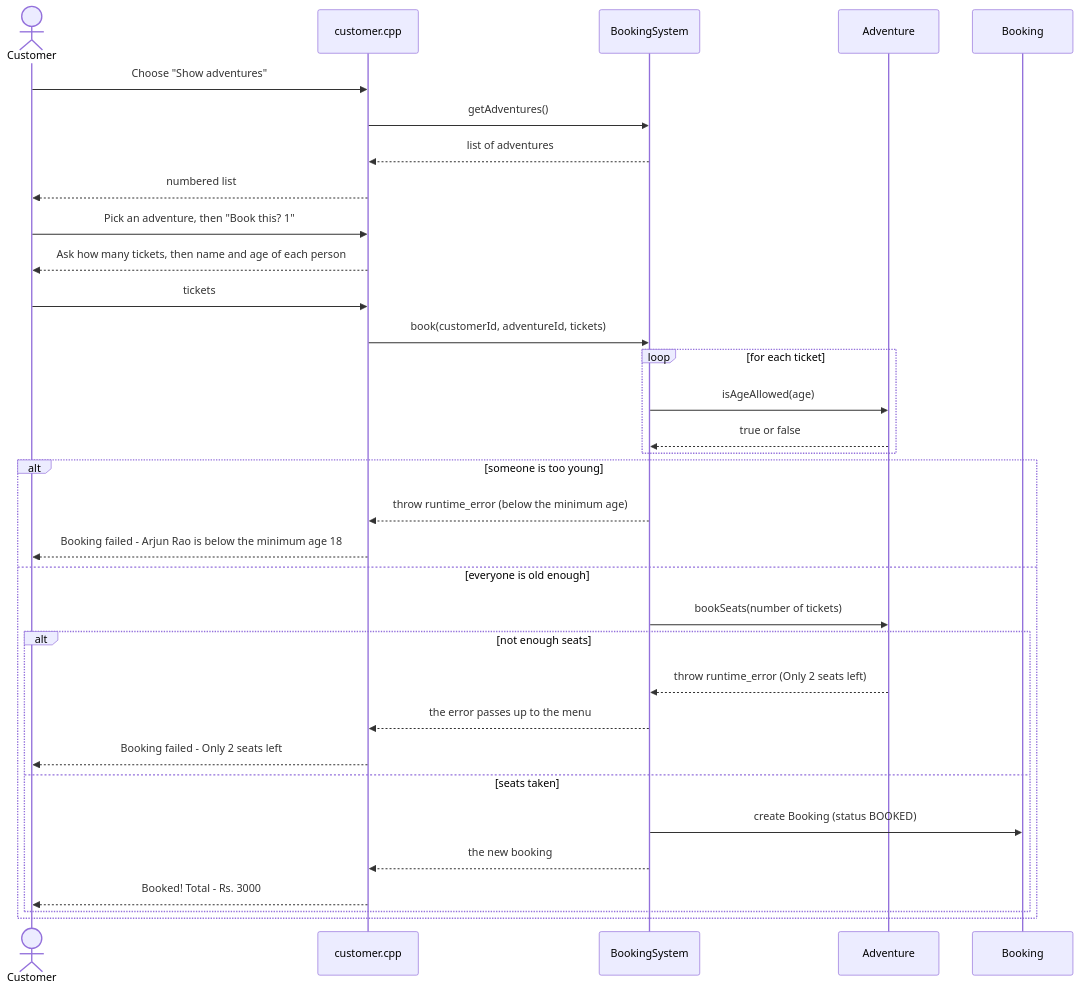
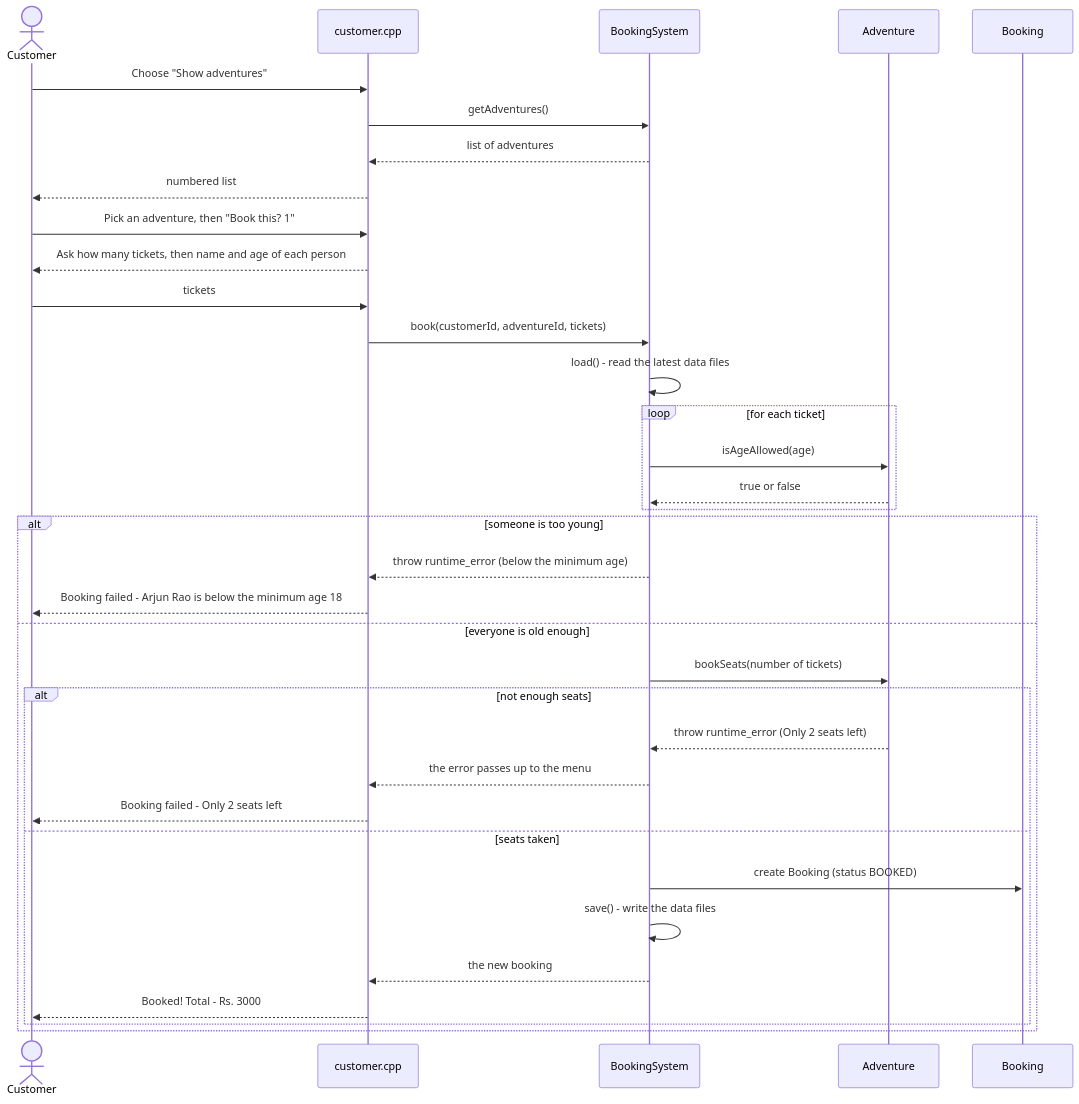
Before and after one commit to sakshamagrawalcode-cpu/adventure-booking-system: the diagram in docs/sequence-diagram.md, drawn with Mermaid. The commit also changed other lines of this file and 24 other files, not shown here.

Commit message:
Simplified version: shared data files, syllabus topics, UML diagrams, documents

````diff
--- a/docs/sequence-diagram.md
+++ b/docs/sequence-diagram.md
@@ -6,38 +10,40 @@
 ```mermaid
 sequenceDiagram
     actor C as Customer
     participant P as customer.cpp
     participant S as BookingSystem
     participant A as Adventure
     participant B as Booking
 
     C->>P: Choose "Show adventures"
     P->>S: getAdventures()
     S-->>P: list of adventures
     P-->>C: numbered list
     C->>P: Pick an adventure, then "Book this? 1"
     P-->>C: Ask how many tickets, then name and age of each person
     C->>P: tickets
     P->>S: book(customerId, adventureId, tickets)
+    S->>S: load() - read the latest data files
 
     loop for each ticket
         S->>A: isAgeAllowed(age)
         A-->>S: true or false
     end
 
     alt someone is too young
         S-->>P: throw runtime_error (below the minimum age)
         P-->>C: Booking failed - Arjun Rao is below the minimum age 18
     else everyone is old enough
         S->>A: bookSeats(number of tickets)
         alt not enough seats
             A-->>S: throw runtime_error (Only 2 seats left)
             S-->>P: the error passes up to the menu
             P-->>C: Booking failed - Only 2 seats left
         else seats taken
             S->>B: create Booking (status BOOKED)
+            S->>S: save() - write the data files
             S-->>P: the new booking
             P-->>C: Booked! Total - Rs. 3000
         end
     end
 ```
````
